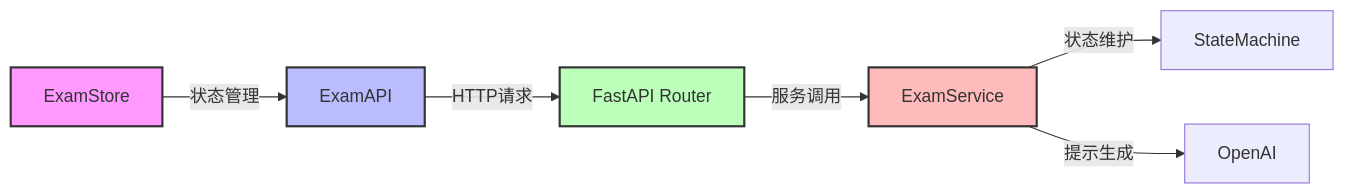
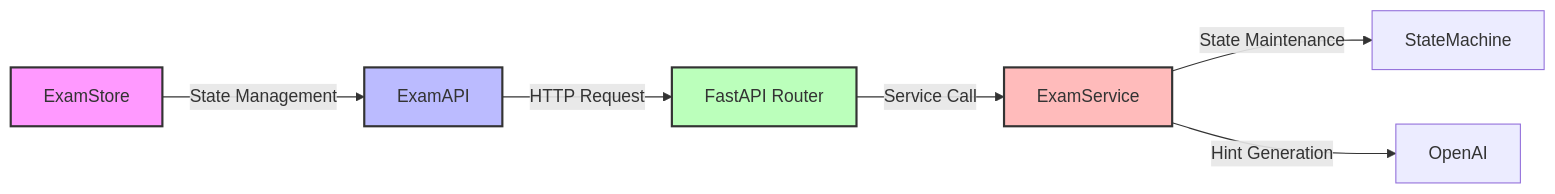
The sixth of 7 diagrams in docs/api.md (CHANHaochengZhang/chatexaminer), drawn with Mermaid before and after one commit. The commit also changed other lines of this file and 13 other files, not shown here.

````diff
--- a/docs/api.md
+++ b/docs/api.md
@@ -586,13 +586,13 @@
 ```mermaid
 graph LR
-    A[ExamStore] -->|状态管理| B[ExamAPI]
-    B -->|HTTP请求| C[FastAPI Router]
-    C -->|服务调用| D[ExamService]
-    D -->|状态维护| E[StateMachine]
-    D -->|提示生成| F[OpenAI]
+    A[ExamStore] -->|State Management| B[ExamAPI]
+    B -->|HTTP Request| C[FastAPI Router]
+    C -->|Service Call| D[ExamService]
+    D -->|State Maintenance| E[StateMachine]
+    D -->|Hint Generation| F[OpenAI]
 
     style A fill:#f9f,stroke:#333,stroke-width:2px
     style B fill:#bbf,stroke:#333,stroke-width:2px
     style C fill:#bfb,stroke:#333,stroke-width:2px
     style D fill:#fbb,stroke:#333,stroke-width:2px
 ```
````
